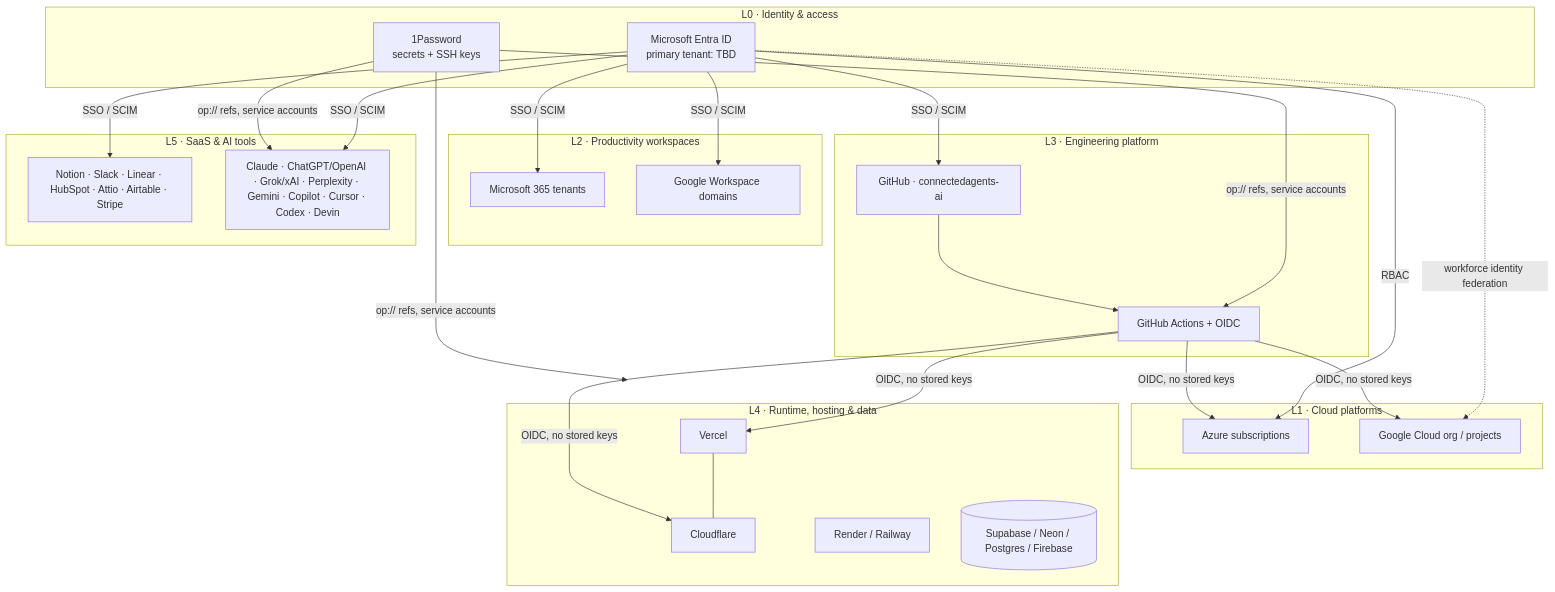
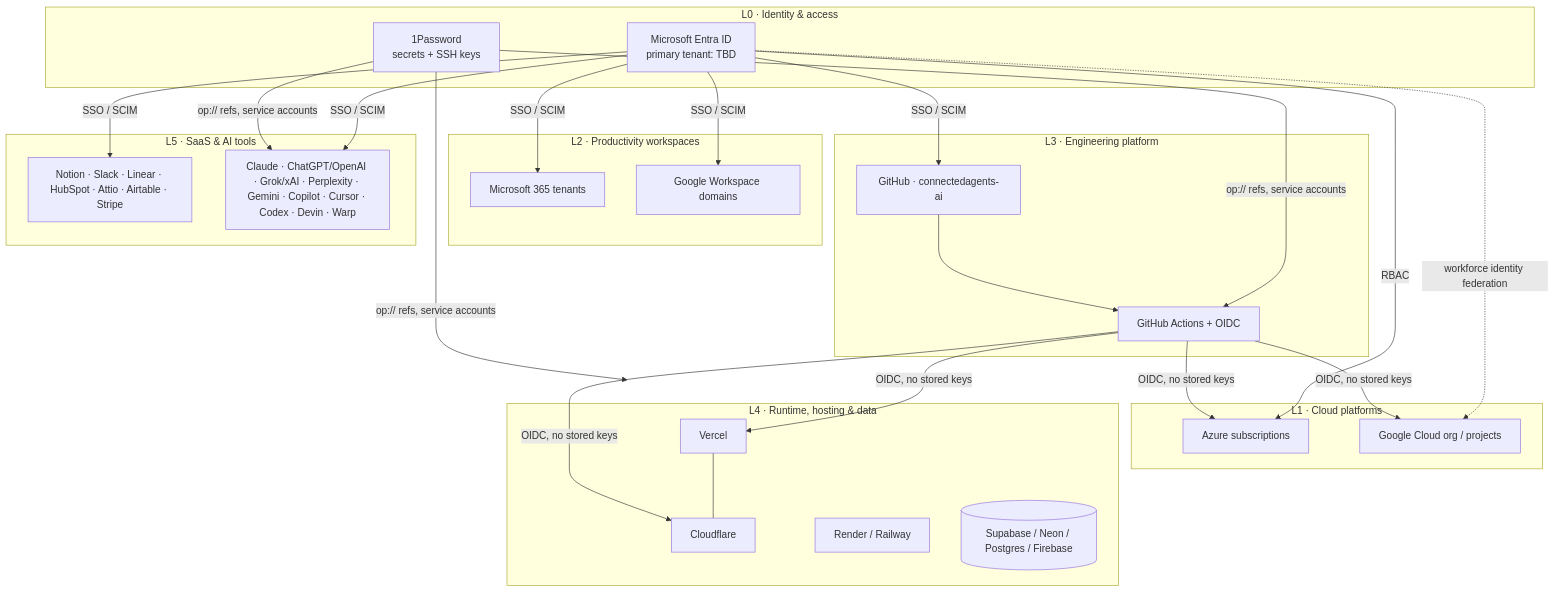
Before and after one commit to connectedagents-ai/repo-template: the diagram in docs/CLOUD-ARCHITECTURE.md, drawn with Mermaid. The commit also changed 9 other files, not shown here.

````diff
--- a/docs/CLOUD-ARCHITECTURE.md
+++ b/docs/CLOUD-ARCHITECTURE.md
@@ -8,33 +8,33 @@
 ```mermaid
 flowchart TD
   subgraph L0[L0 · Identity & access]
     ENTRA[Microsoft Entra ID<br/>primary tenant: TBD]
     OP[1Password<br/>secrets + SSH keys]
   end
   subgraph L1[L1 · Cloud platforms]
     AZ[Azure subscriptions]
     GCP[Google Cloud org / projects]
   end
   subgraph L2[L2 · Productivity workspaces]
     M365[Microsoft 365 tenants]
     GWS[Google Workspace domains]
   end
   subgraph L3[L3 · Engineering platform]
     GH[GitHub · connectedagents-ai]
     CI[GitHub Actions + OIDC]
   end
   subgraph L4[L4 · Runtime, hosting & data]
     VERCEL[Vercel] --- CF[Cloudflare]
     RENDER[Render / Railway]
     DB[(Supabase / Neon / Postgres / Firebase)]
   end
   subgraph L5[L5 · SaaS & AI tools]
     SAAS[Notion · Slack · Linear · HubSpot · Attio · Airtable · Stripe]
-    AI[Claude · ChatGPT/OpenAI · Grok/xAI · Perplexity · Gemini · Copilot · Cursor · Codex · Devin]
+    AI[Claude · ChatGPT/OpenAI · Grok/xAI · Perplexity · Gemini · Copilot · Cursor · Codex · Devin · Warp]
   end
   ENTRA -->|SSO / SCIM| M365 & GWS & GH & SAAS & AI
   ENTRA -->|RBAC| AZ
   ENTRA -.->|workforce identity federation| GCP
   OP -->|op:// refs, service accounts| CI & L4 & AI
   GH --> CI -->|OIDC, no stored keys| AZ & GCP & VERCEL & CF
 ```
````
